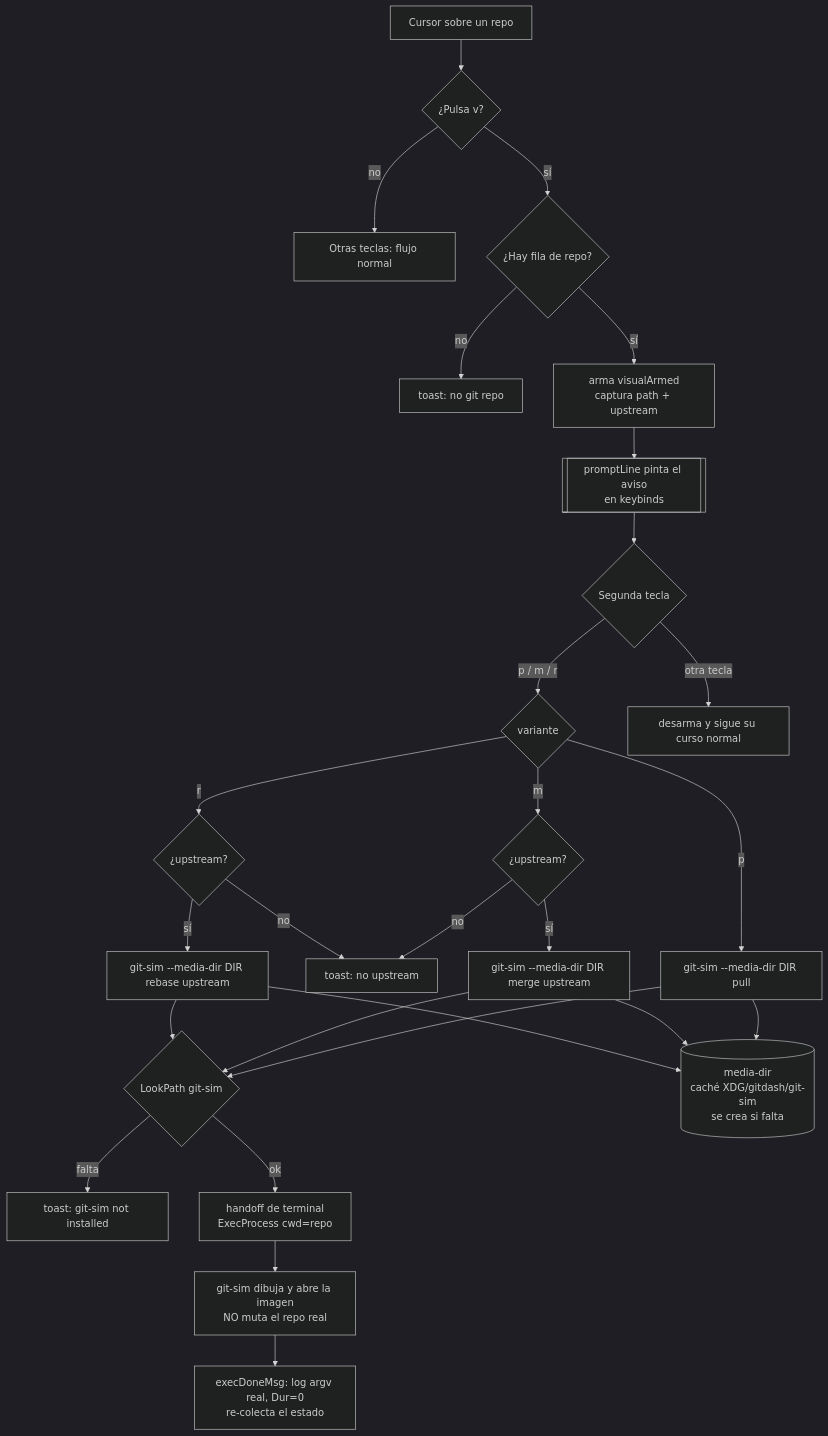
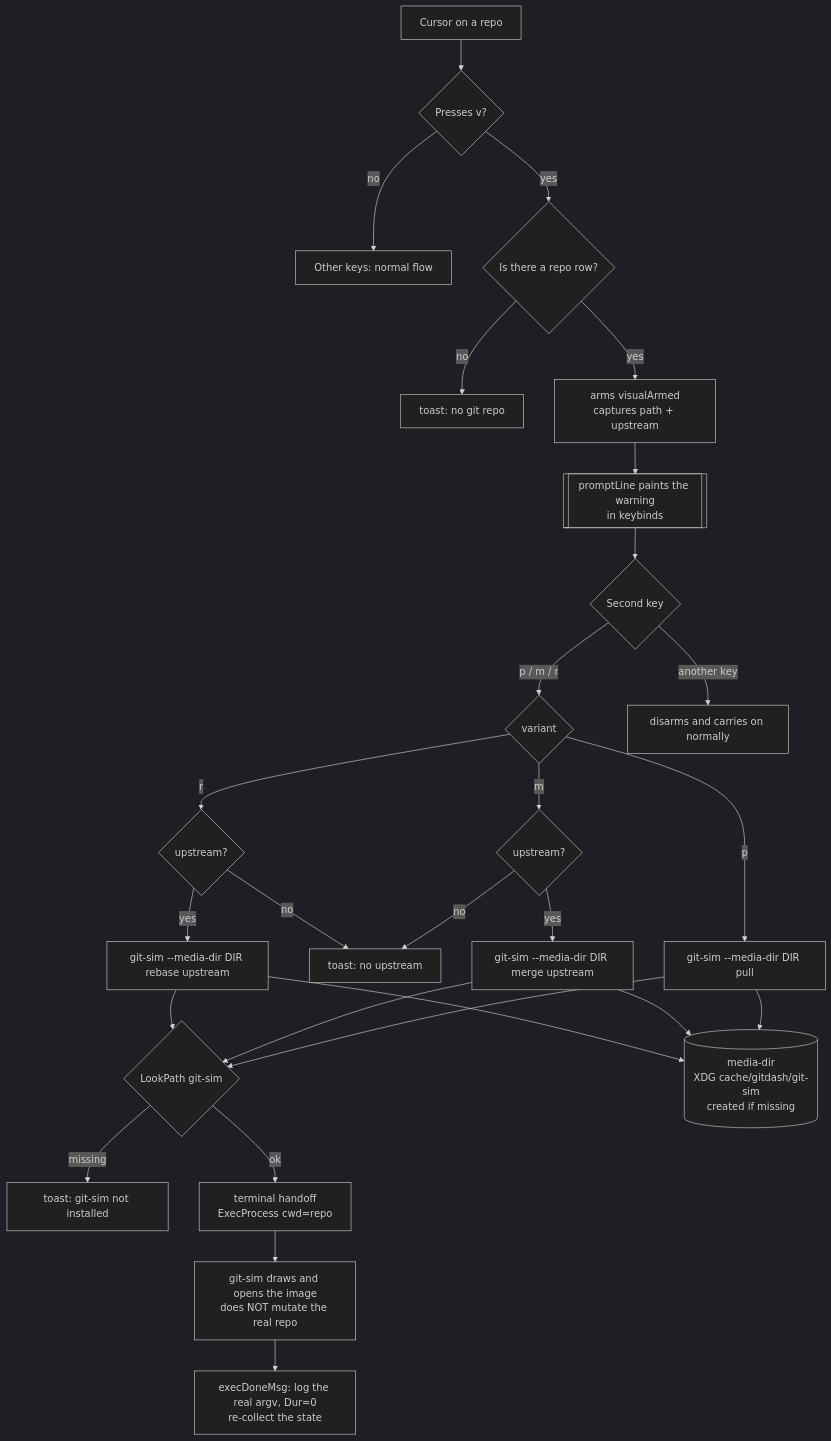
One commit to Sovengar/gitdash changed the diagram in docs/planning/0001-feature-git-sim-pull-preview/diagrams/feature-flow.md. Above: the diagram before and after it, drawn with Mermaid (dark theme). The commit also changed other lines of this file and 96 other files, not shown here.

````diff
--- a/docs/planning/0001-feature-git-sim-pull-preview/diagrams/feature-flow.md
+++ b/docs/planning/0001-feature-git-sim-pull-preview/diagrams/feature-flow.md
@@ -5,34 +5,34 @@
 ```mermaid
 flowchart TD
-    A[Cursor sobre un repo] --> B{¿Pulsa v?}
-    B -- no --> Z[Otras teclas: flujo normal]
-    B -- sí --> C{¿Hay fila de repo?}
+    A[Cursor on a repo] --> B{Presses v?}
+    B -- no --> Z[Other keys: normal flow]
+    B -- yes --> C{Is there a repo row?}
     C -- no --> T1[toast: no git repo]
-    C -- sí --> D[arma visualArmed<br/>captura path + upstream]
-    D --> E[[promptLine pinta el aviso<br/>en keybinds]]
+    C -- yes --> D[arms visualArmed<br/>captures path + upstream]
+    D --> E[[promptLine paints the warning<br/>in keybinds]]
 
-    E --> K{Segunda tecla}
-    K -- "p / m / r" --> V{variante}
-    K -- otra tecla --> X[desarma y sigue su curso normal]
+    E --> K{Second key}
+    K -- "p / m / r" --> V{variant}
+    K -- another key --> X[disarms and carries on normally]
 
     V -- p --> P1[git-sim --media-dir DIR pull]
-    V -- m --> M1{¿upstream?}
-    V -- r --> R1{¿upstream?}
+    V -- m --> M1{upstream?}
+    V -- r --> R1{upstream?}
     M1 -- no --> T2[toast: no upstream]
     R1 -- no --> T2
-    M1 -- sí --> P2[git-sim --media-dir DIR merge upstream]
-    R1 -- sí --> P3[git-sim --media-dir DIR rebase upstream]
+    M1 -- yes --> P2[git-sim --media-dir DIR merge upstream]
+    R1 -- yes --> P3[git-sim --media-dir DIR rebase upstream]
 
     P1 --> L{LookPath git-sim}
     P2 --> L
     P3 --> L
-    L -- falta --> T3[toast: git-sim not installed]
-    L -- ok --> H[handoff de terminal<br/>ExecProcess cwd=repo]
+    L -- missing --> T3[toast: git-sim not installed]
+    L -- ok --> H[terminal handoff<br/>ExecProcess cwd=repo]
 
-    H --> W[git-sim dibuja y abre la imagen<br/>NO muta el repo real]
-    W --> DONE[execDoneMsg: log argv real, Dur=0<br/>re-colecta el estado]
+    H --> W[git-sim draws and opens the image<br/>does NOT mutate the real repo]
+    W --> DONE[execDoneMsg: log the real argv, Dur=0<br/>re-collect the state]
 
-    P1 --> DIR[(media-dir<br/>caché XDG/gitdash/git-sim<br/>se crea si falta)]
+    P1 --> DIR[(media-dir<br/>XDG cache/gitdash/git-sim<br/>created if missing)]
     P2 --> DIR
     P3 --> DIR
 ```
````
